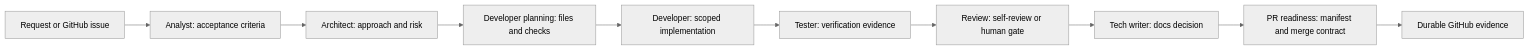
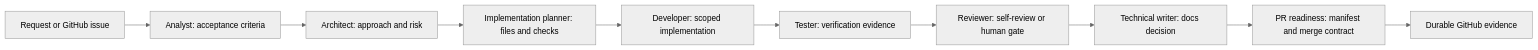
One commit to smota/agentflow-sdlc changed the diagram in docs/agentflow-in-5-minutes.md. Above: the diagram before and after it, drawn with Mermaid (neutral theme). The commit also changed other lines of this file and 389 other files, not shown here.

````diff
--- a/docs/agentflow-in-5-minutes.md
+++ b/docs/agentflow-in-5-minutes.md
@@ -25,12 +25,12 @@
 ```mermaid
 flowchart LR
   Request["Request or GitHub issue"] --> Analyze["Analyst: acceptance criteria"]
   Analyze --> Architect["Architect: approach and risk"]
-  Architect --> Plan["Developer planning: files and checks"]
+  Architect --> Plan["Implementation planner: files and checks"]
   Plan --> Build["Developer: scoped implementation"]
   Build --> Test["Tester: verification evidence"]
-  Test --> Review["Review: self-review or human gate"]
-  Review --> Docs["Tech writer: docs decision"]
+  Test --> Review["Reviewer: self-review or human gate"]
+  Review --> Docs["Technical writer: docs decision"]
   Docs --> PR["PR readiness: manifest and merge contract"]
   PR --> GitHub["Durable GitHub evidence"]
 ```
````
